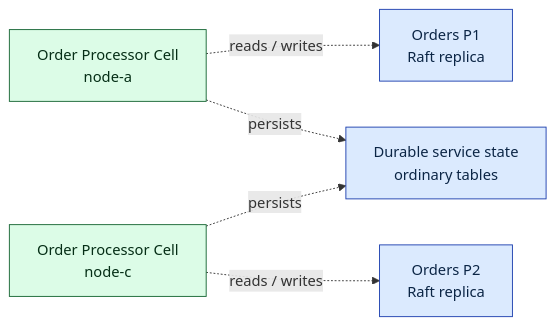
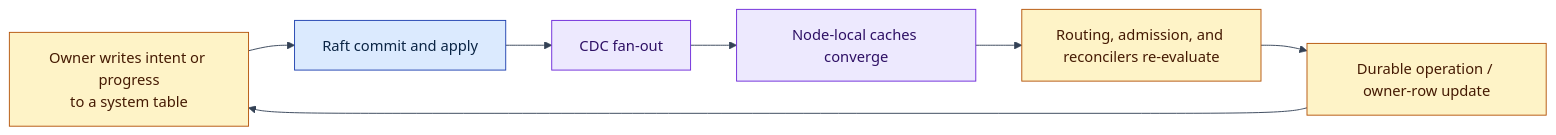
One commit to psvensson/lagrange changed the ninth of 9 diagrams in architecture/system-model.md. Above: the diagram before and after it, drawn with Mermaid. The commit also changed other lines of this file, not shown here.

Commit message:
Rebuild Lagrange system mental model

````diff
--- a/architecture/system-model.md
+++ b/architecture/system-model.md
@@ -245,16 +352,14 @@
 ```mermaid
+%%{init: {'theme':'base','themeVariables':{'background':'#ffffff','lineColor':'#334155','textColor':'#0f172a'}}}%%
 flowchart LR
-  C1["Order Processor Cell<br/>node-a"]:::svc
-  C2["Order Processor Cell<br/>node-c"]:::svc
-  O1["Orders P1<br/>Raft replica"]:::data
-  O2["Orders P2<br/>Raft replica"]:::data
-  S["Durable service state<br/>ordinary tables"]:::data
-
-  C1 -. "reads / writes" .-> O1
-  C2 -. "reads / writes" .-> O2
-  C1 -. "persists" .-> S
-  C2 -. "persists" .-> S
+  INTENT["Owner writes intent or progress<br/>to a system table"]:::ctrl --> RAFT["Raft commit and apply"]:::data
+  RAFT --> CDC["CDC fan-out"]:::move
+  CDC --> CACHE["Node-local caches converge"]:::move
+  CACHE --> DECIDE["Routing, admission, and reconcilers re-evaluate"]:::ctrl
+  DECIDE --> OP["Durable operation / owner-row update"]:::ctrl
+  OP --> INTENT
 
   classDef data fill:#dbeafe,stroke:#1e40af,color:#0b2545
-  classDef svc fill:#dcfce7,stroke:#166534,color:#052e16
+  classDef ctrl fill:#fef3c7,stroke:#b45309,color:#451a03
+  classDef move fill:#ede9fe,stroke:#6d28d9,color:#2e1065
 ```
````
